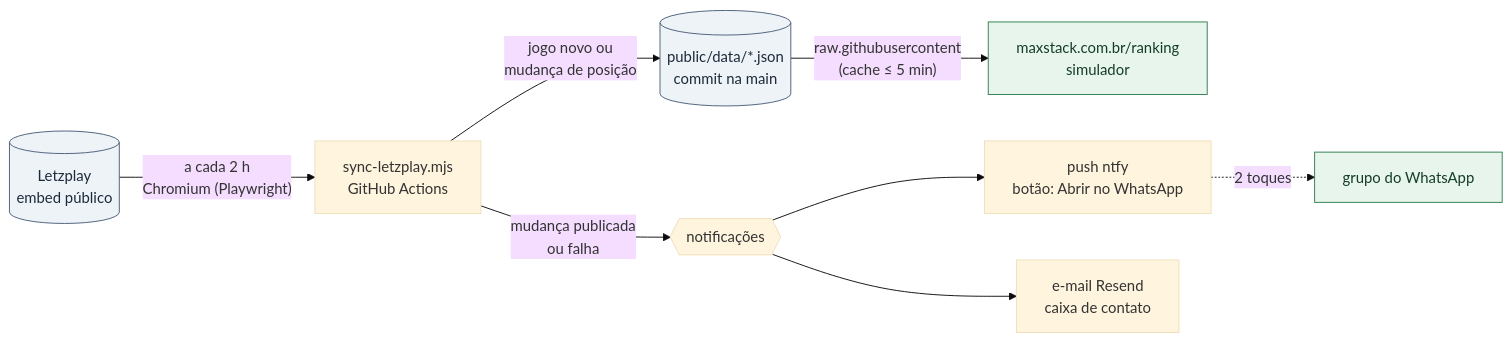
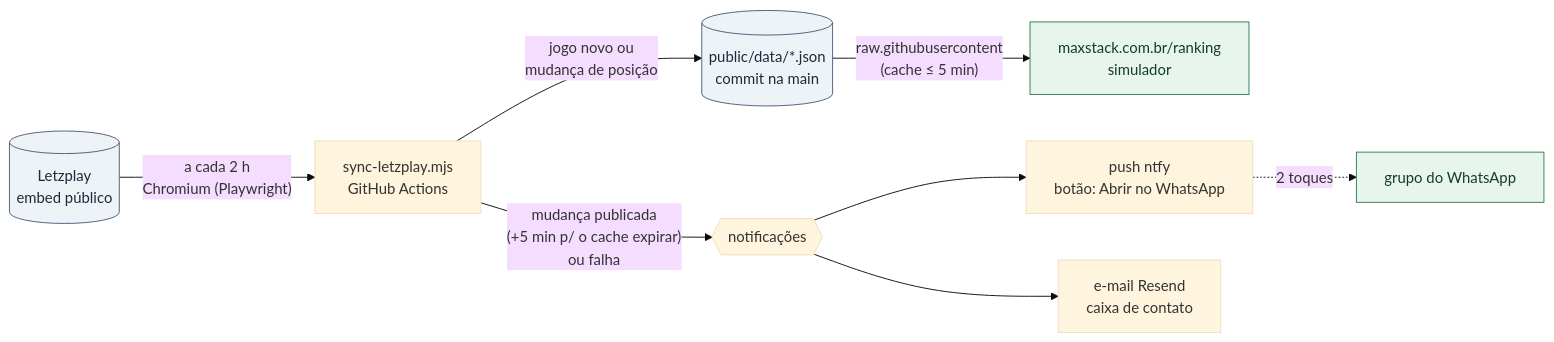
The diagram in README.md (maxstackbr/simulador-master), drawn with Mermaid (base theme) before and after one commit. The commit also changed other lines of this file and 2 other files, not shown here.

First line of the commit message:
fix: esperar o cache do CDN expirar antes de notificar

````diff
--- a/README.md
+++ b/README.md
@@ -20,14 +20,14 @@
 ```mermaid
 flowchart LR
   L[("Letzplay<br/>embed público")] -->|"a cada 2 h<br/>Chromium (Playwright)"| S["sync-letzplay.mjs<br/>GitHub Actions"]
   S -->|"jogo novo ou<br/>mudança de posição"| D[("public/data/*.json<br/>commit na main")]
   D -->|"raw.githubusercontent<br/>(cache ≤ 5 min)"| W["maxstack.com.br/ranking<br/>simulador"]
-  S -->|"mudança publicada<br/>ou falha"| N{{"notificações"}}
+  S -->|"mudança publicada<br/>(+5 min p/ o cache expirar)<br/>ou falha"| N{{"notificações"}}
   N --> P["push ntfy<br/>botão: Abrir no WhatsApp"]
   N --> E["e-mail Resend<br/>caixa de contato"]
   P -.->|"2 toques"| G["grupo do WhatsApp"]
   classDef data fill:#eef3f8,stroke:#4a5d78,color:#1d2a3a
   classDef out fill:#e8f5ec,stroke:#2e7d4f,color:#143d26
   class L,D data
   class W,G out
 ```
````
